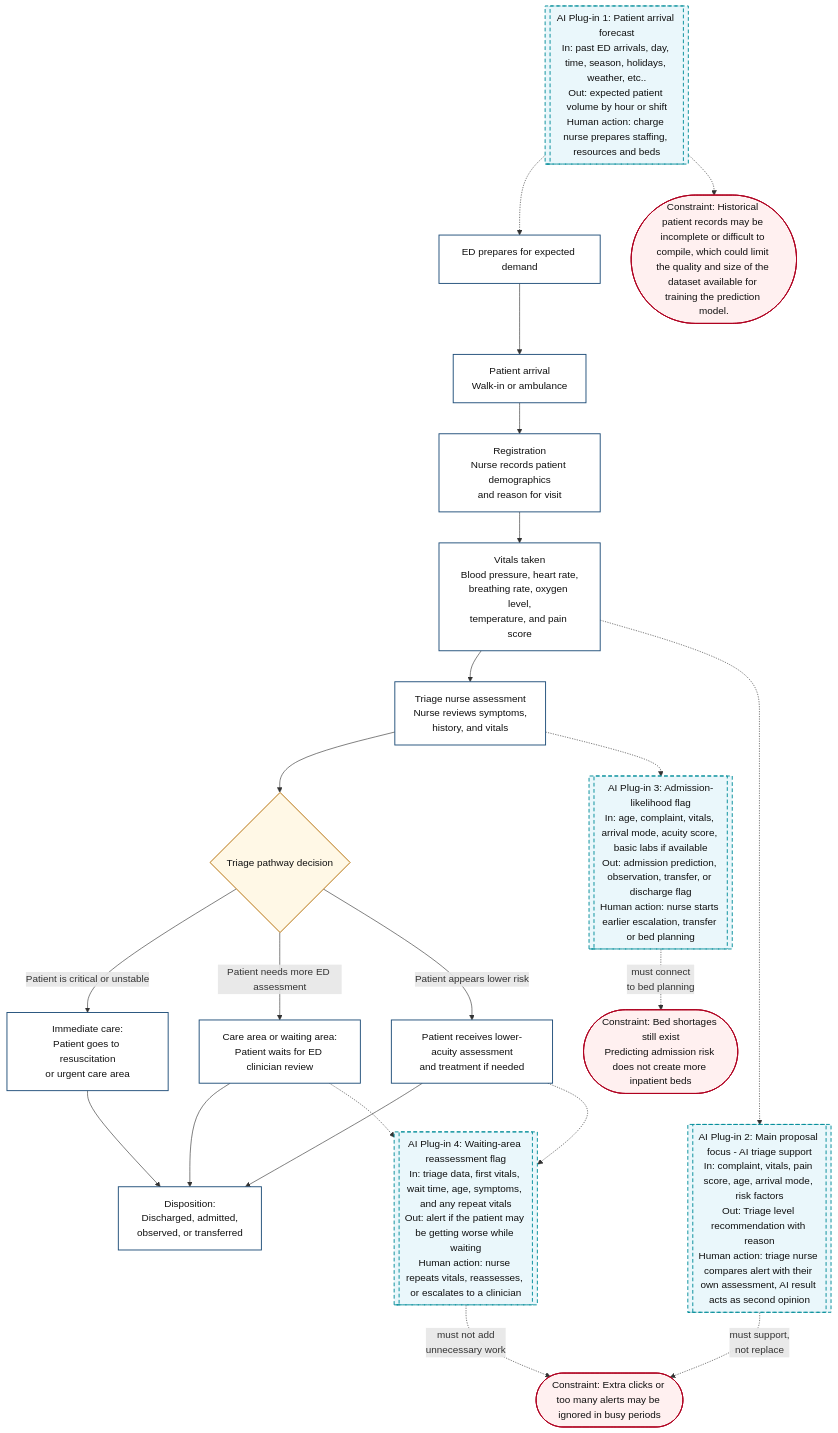
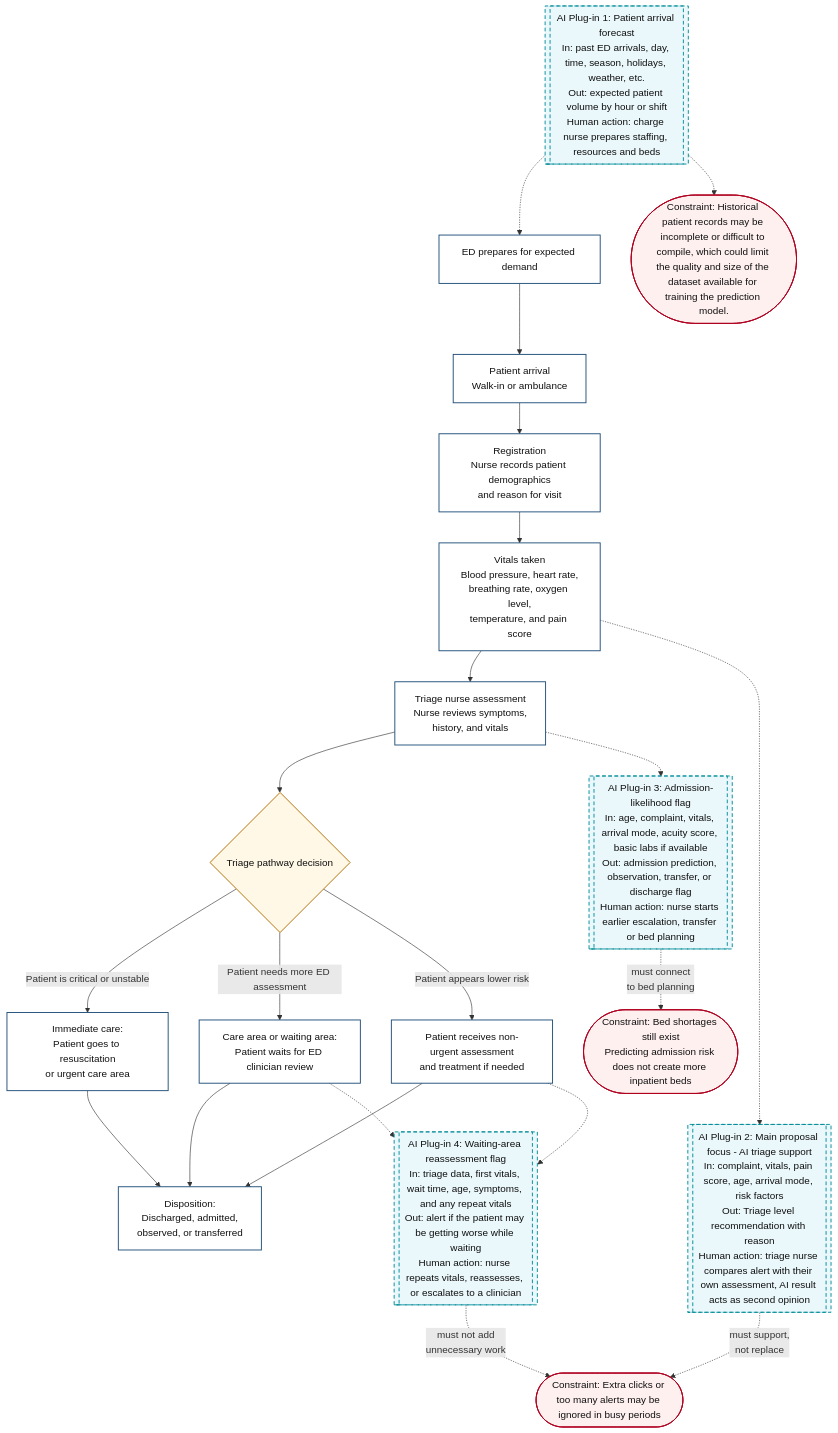
Before and after one commit to tinadams/carisurg-portfolio: the diagram in docs/week_3_workflow_diagram.md, drawn with Mermaid.

````diff
--- a/docs/week_3_workflow_diagram.md
+++ b/docs/week_3_workflow_diagram.md
@@ -1,61 +1,61 @@
 ```mermaid
 flowchart TD
 
 A[Patient arrival<br/>Walk-in or ambulance] --> B[Registration<br/>Nurse records patient demographics<br/>and reason for visit]
 
 B --> C[Vitals taken<br/>Blood pressure, heart rate,<br/>breathing rate, oxygen level,<br/>temperature, and pain score]
 
 C --> D[Triage nurse assessment<br/>Nurse reviews symptoms,<br/>history, and vitals]
 
 D --> E{Triage pathway decision}
 
 E -->|Patient is critical or unstable| F[Immediate care:<br/>Patient goes to resuscitation<br/>or urgent care area]
 
 E -->|Patient needs more ED assessment| G[Care area or waiting area:<br/>Patient waits for ED clinician review]
 
-E -->|Patient appears lower risk| H[Patient receives lower-acuity assessment<br/>and treatment if needed]
+E -->|Patient appears lower risk| H[Patient receives non-urgent assessment<br/>and treatment if needed]
 
 I[Disposition:<br/>Discharged, admitted,<br/>observed, or transferred]
 F --> I
 G --> I
 H --> I
 
 
-AI1[[AI Plug-in 1: Patient arrival forecast<br/>In: past ED arrivals, day, time, season, holidays, weather, etc..<br/>Out: expected patient volume by hour or shift<br/>Human action: charge nurse prepares staffing, resources and beds]]
+AI1[[AI Plug-in 1: Patient arrival forecast<br/>In: past ED arrivals, day, time, season, holidays, weather, etc.<br/>Out: expected patient volume by hour or shift<br/>Human action: charge nurse prepares staffing, resources and beds]]
 
 AI2[[AI Plug-in 2: Main proposal focus - AI triage support<br/>In: complaint, vitals, pain score, age, arrival mode, risk factors<br/>Out: Triage level recommendation with reason<br/>Human action: triage nurse compares alert with their own assessment, AI result acts as second opinion]]
 
 AI3[[AI Plug-in 3: Admission-likelihood flag<br/>In: age, complaint, vitals, arrival mode, acuity score, basic labs if available<br/>Out: admission prediction, observation, transfer, or discharge flag<br/>Human action: nurse starts earlier escalation, transfer or bed planning]]
 
 AI4[[AI Plug-in 4: Waiting-area reassessment flag<br/>In: triage data, first vitals, wait time, age, symptoms, and any repeat vitals<br/>Out: alert if the patient may be getting worse while waiting<br/>Human action: nurse repeats vitals, reassesses, or escalates to a clinician]]
 
 PRE[ED prepares for expected demand]
 
 AI1 -.-> PRE
 PRE --> A
 D -.-> AI3
 C -.-> AI2
 G -.-> AI4
 H -.-> AI4
 
 C1([Constraint: Historical patient records may be incomplete or difficult to compile, which could limit the quality and size of the dataset available for training the prediction model.])
 
 C2([Constraint: Extra clicks or too many alerts may be ignored in busy periods])
 
 C3([Constraint: Bed shortages still exist<br/>Predicting admission risk does not create more inpatient beds])
 
 AI1 -.-> C1
 AI2 -.->|must support,<br/>not replace| C2
 AI3 -.->|must connect<br/>to bed planning| C3
 AI4 -.->|must not add<br/>unnecessary work| C2
 
 classDef process fill:#ffffff,stroke:#1f4e79,stroke-width:1.5px,color:#111;
 classDef decision fill:#fff8e6,stroke:#b36b00,stroke-width:1.5px,color:#111;
 classDef ai fill:#eaf7fb,stroke:#008c99,stroke-width:1.5px,stroke-dasharray: 6 4,color:#111;
 classDef constraint fill:#fff0f0,stroke:#b00020,stroke-width:1.5px,color:#111;
 
 class A,B,C,D,F,G,H,I,PRE process;
 class E decision;
 class AI1,AI2,AI3,AI4 ai;
 class C1,C2,C3 constraint;
 ```
````
